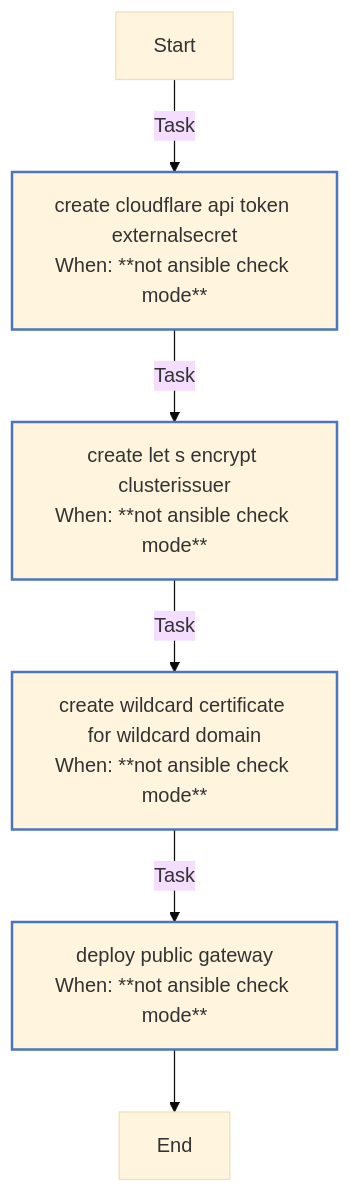
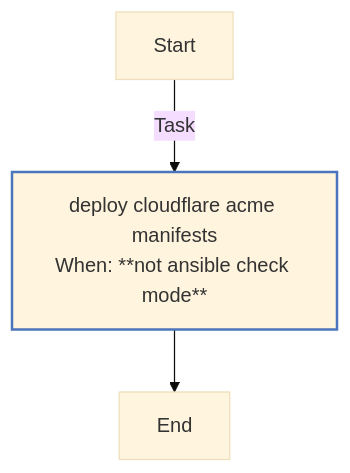
Before and after one commit to rou-cru/k3s-homelab: the first of 2 diagrams in roles/cert_manager/README.md, drawn with Mermaid (base theme). The commit also changed other lines of this file and 42 other files, not shown here.

Commit message:
feat(platform): refresh argocd cert-manager gateway and external-secrets

````diff
--- a/roles/cert_manager/README.md
+++ b/roles/cert_manager/README.md
@@ -150,18 +148,15 @@
 ```mermaid
 flowchart TD
 Start
 classDef block stroke:#3498db,stroke-width:2px;
 classDef task stroke:#4b76bb,stroke-width:2px;
 classDef includeTasks stroke:#16a085,stroke-width:2px;
 classDef importTasks stroke:#34495e,stroke-width:2px;
 classDef includeRole stroke:#2980b9,stroke-width:2px;
 classDef importRole stroke:#699ba7,stroke-width:2px;
 classDef includeVars stroke:#8e44ad,stroke-width:2px;
 classDef rescue stroke:#665352,stroke-width:2px;
 
-  Start-->|Task| Create_Cloudflare_API_token_ExternalSecret0[create cloudflare api token externalsecret<br>When: **not ansible check mode**]:::task
-  Create_Cloudflare_API_token_ExternalSecret0-->|Task| Create_Let_s_Encrypt_ClusterIssuer1[create let s encrypt clusterissuer<br>When: **not ansible check mode**]:::task
-  Create_Let_s_Encrypt_ClusterIssuer1-->|Task| Create_wildcard_Certificate_for_wildcard_domain2[create wildcard certificate for wildcard domain<br>When: **not ansible check mode**]:::task
-  Create_wildcard_Certificate_for_wildcard_domain2-->|Task| Deploy_public_Gateway3[deploy public gateway<br>When: **not ansible check mode**]:::task
-  Deploy_public_Gateway3-->End
+  Start-->|Task| Deploy_Cloudflare_ACME_manifests0[deploy cloudflare acme manifests<br>When: **not ansible check mode**]:::task
+  Deploy_Cloudflare_ACME_manifests0-->End
 ```
````
